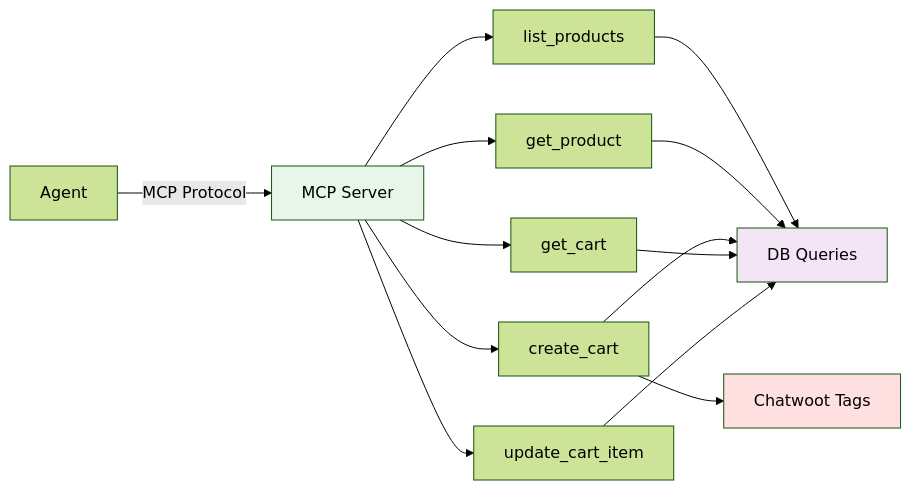
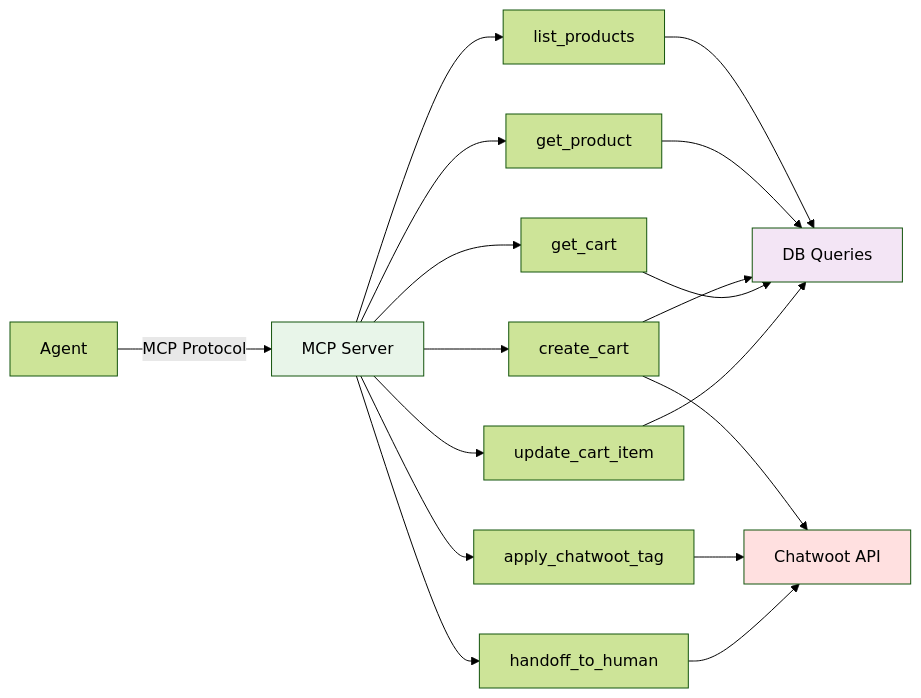
Before and after one commit to ezzz37/laburen-ai-agent-challenge: the fifth of 6 diagrams in docs/ARCHITECTURE.md, drawn with Mermaid (forest theme). The commit also changed other lines of this file and 2 other files, not shown here.

Commit message:
update: se actualizo la documentacion

````diff
--- a/docs/ARCHITECTURE.md
+++ b/docs/ARCHITECTURE.md
@@ -121,20 +121,24 @@
 ```mermaid
 graph LR
     A[Agent] -->|MCP Protocol| S[MCP Server]
     S --> T1[list_products]
     S --> T2[get_product]
     S --> T3[create_cart]
     S --> T4[get_cart]
     S --> T5[update_cart_item]
+    S --> T6[apply_chatwoot_tag]
+    S --> T7[handoff_to_human]
     
     T1 --> Q[DB Queries]
     T2 --> Q
     T3 --> Q
-    T3 --> CH[Chatwoot Tags]
+    T3 --> CH[Chatwoot API]
     T4 --> Q
     T5 --> Q
+    T6 --> CH
+    T7 --> CH
     
     style S fill:#e8f5e9
     style Q fill:#f3e5f5
     style CH fill:#ffe0e0
 ```
````
